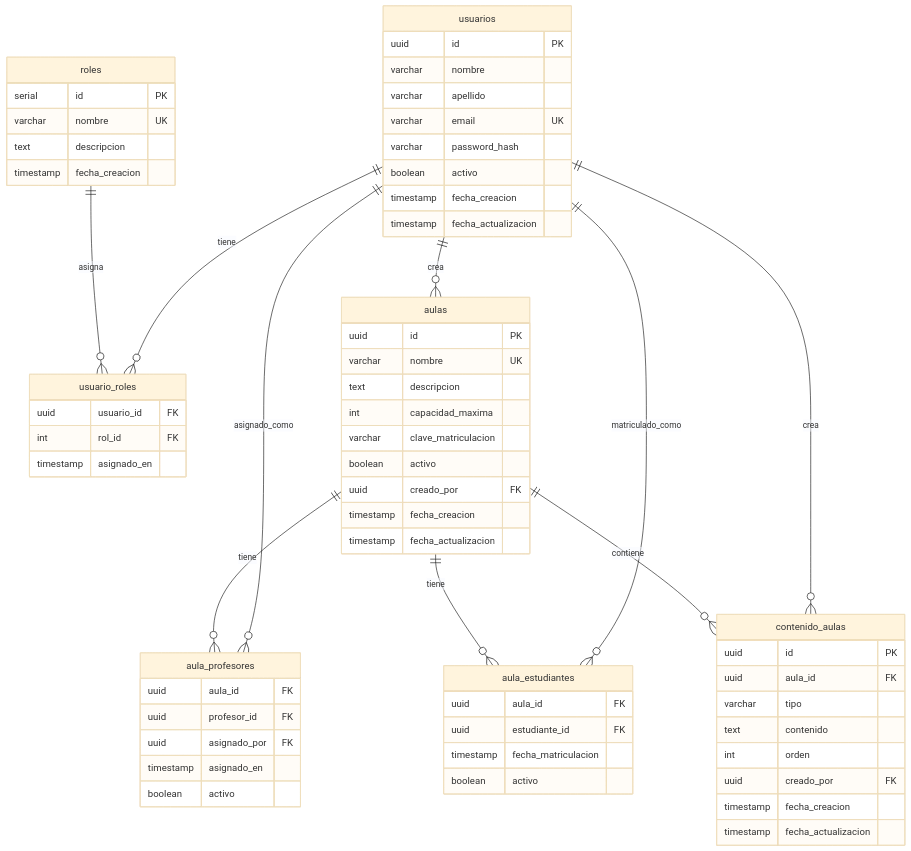
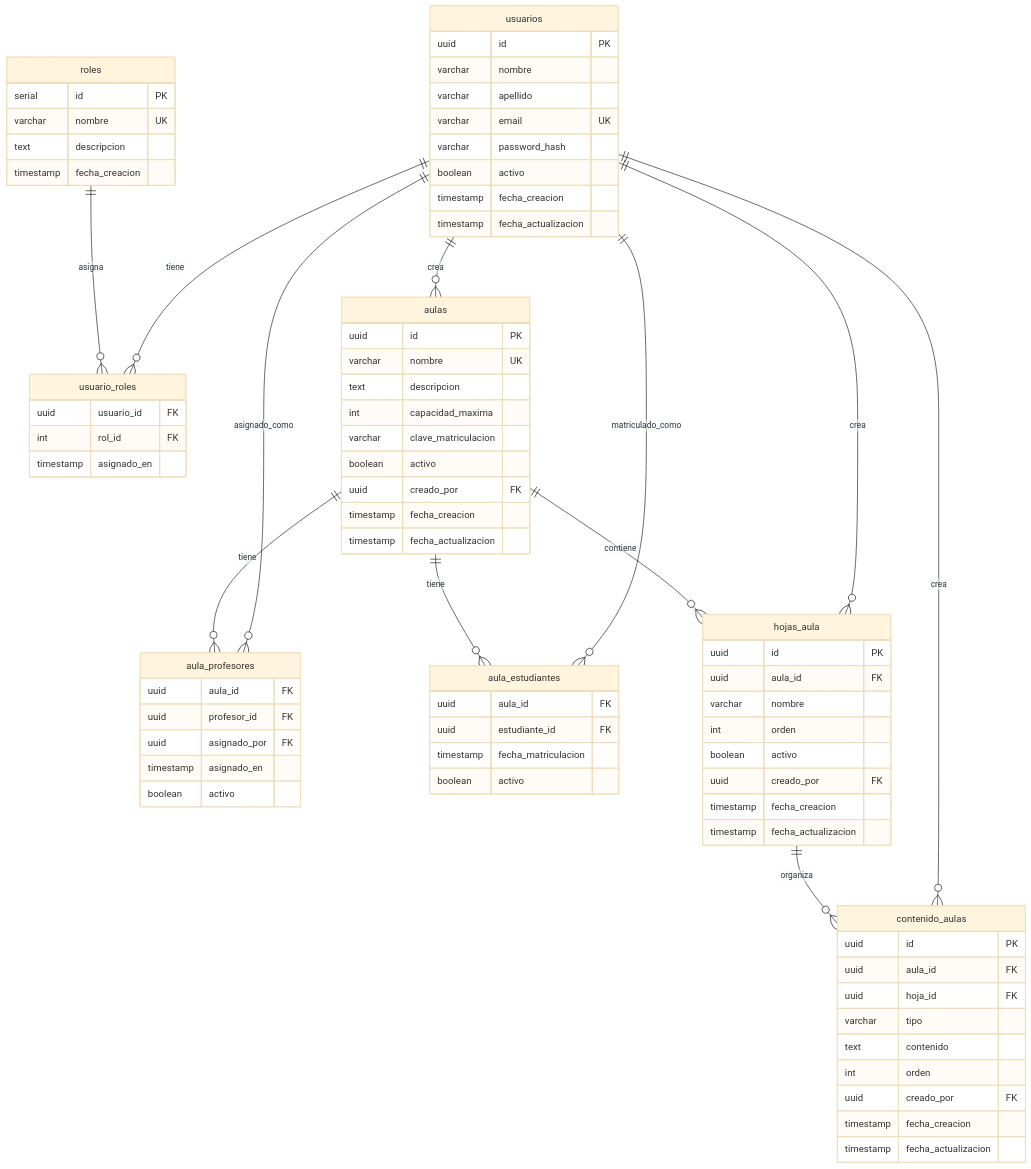
One commit to NicoMagro/AulaVirtual changed the second of 4 diagrams in README.md. Above: the diagram before and after it, drawn with Mermaid (base theme). The commit also changed other lines of this file and 9 other files, not shown here.

First line of the commit message:
Agregar sistema de hojas/pestañas para organización de contenido

```diff
--- a/README.md
+++ b/README.md
@@ -53,10 +55,12 @@
     usuarios ||--o{ aulas : crea
     usuarios ||--o{ aula_profesores : asignado_como
     usuarios ||--o{ aula_estudiantes : matriculado_como
+    usuarios ||--o{ hojas_aula : crea
     usuarios ||--o{ contenido_aulas : crea
     aulas ||--o{ aula_profesores : tiene
     aulas ||--o{ aula_estudiantes : tiene
-    aulas ||--o{ contenido_aulas : contiene
+    aulas ||--o{ hojas_aula : contiene
+    hojas_aula ||--o{ contenido_aulas : organiza
 
     usuarios {
         uuid id PK
@@ -109,9 +113,21 @@
         boolean activo
     }
 
+    hojas_aula {
+        uuid id PK
+        uuid aula_id FK
+        varchar nombre
+        int orden
+        boolean activo
+        uuid creado_por FK
+        timestamp fecha_creacion
+        timestamp fecha_actualizacion
+    }
+
     contenido_aulas {
         uuid id PK
         uuid aula_id FK
+        uuid hoja_id FK
         varchar tipo
         text contenido
         int orden
```
